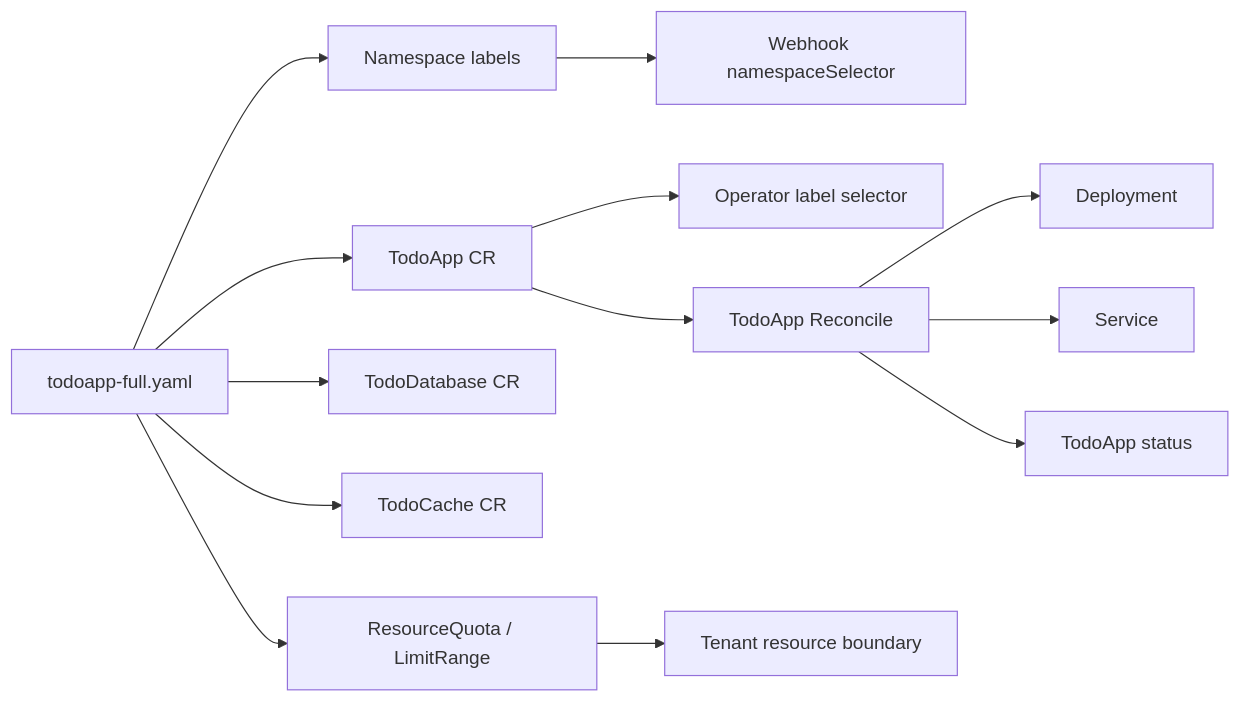
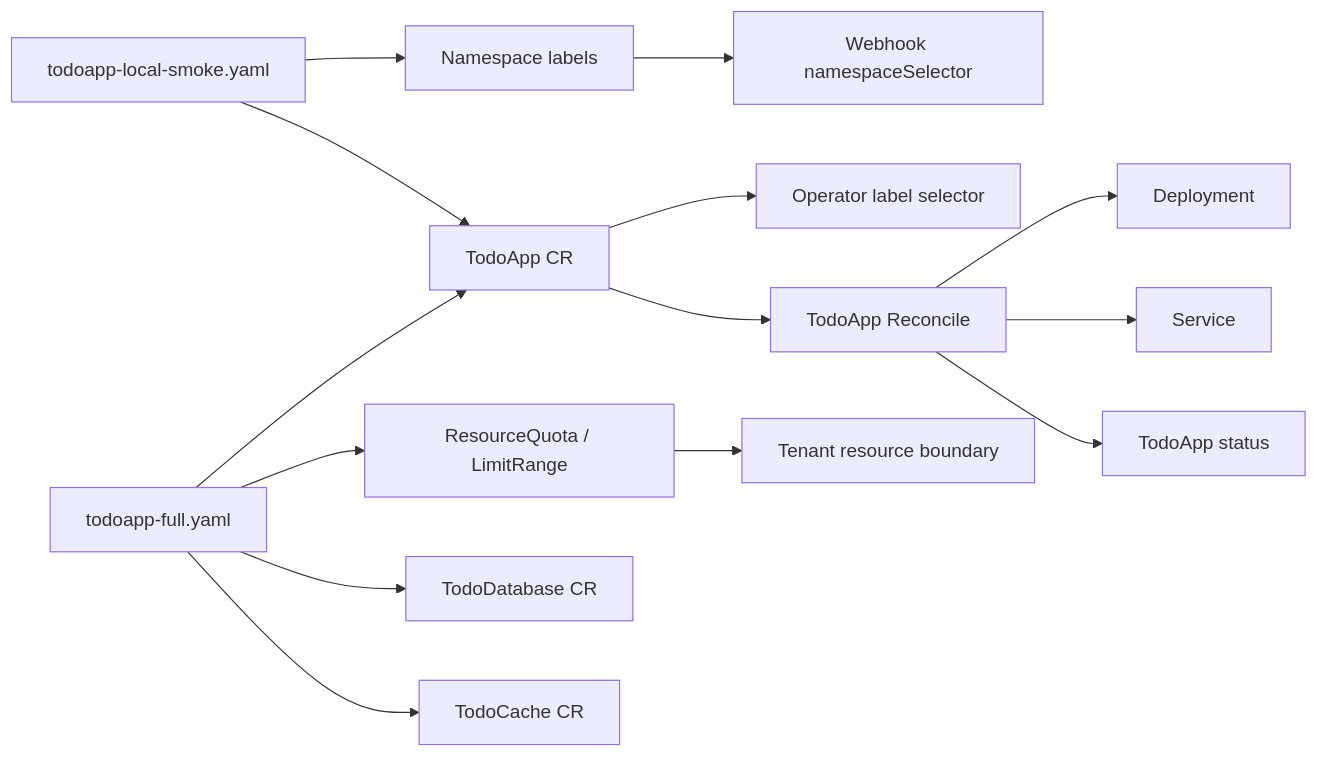
One commit to yleoer/cloud-native-todo-platform-docs changed the third of 4 diagrams in docs/chapters/stage-06-platform-operator/42-final-integration-career.md. Above: the diagram before and after it, drawn with Mermaid. The commit also changed other lines of this file, not shown here.

````diff
--- a/docs/chapters/stage-06-platform-operator/42-final-integration-career.md
+++ b/docs/chapters/stage-06-platform-operator/42-final-integration-career.md
@@ -215,16 +221,17 @@
 ```mermaid
 flowchart LR
-    YAML["todoapp-full.yaml"] --> NS["Namespace labels"]
-    YAML --> Quota["ResourceQuota / LimitRange"]
-    YAML --> DBCR["TodoDatabase CR"]
-    YAML --> CacheCR["TodoCache CR"]
-    YAML --> AppCR["TodoApp CR"]
+    Smoke["todoapp-local-smoke.yaml"] --> NS["Namespace labels"]
+    Smoke --> AppCR["TodoApp CR"]
+    Full["todoapp-full.yaml"] --> Quota["ResourceQuota / LimitRange"]
+    Full --> DBCR["TodoDatabase CR"]
+    Full --> CacheCR["TodoCache CR"]
+    Full --> AppCR
 
     NS --> Admission["Webhook namespaceSelector"]
     AppCR --> Predicate["Operator label selector"]
     AppCR --> Reconcile["TodoApp Reconcile"]
     Reconcile --> Deploy["Deployment"]
     Reconcile --> Service["Service"]
     Reconcile --> Status["TodoApp status"]
     Quota --> Limit["Tenant resource boundary"]
 ```
````
